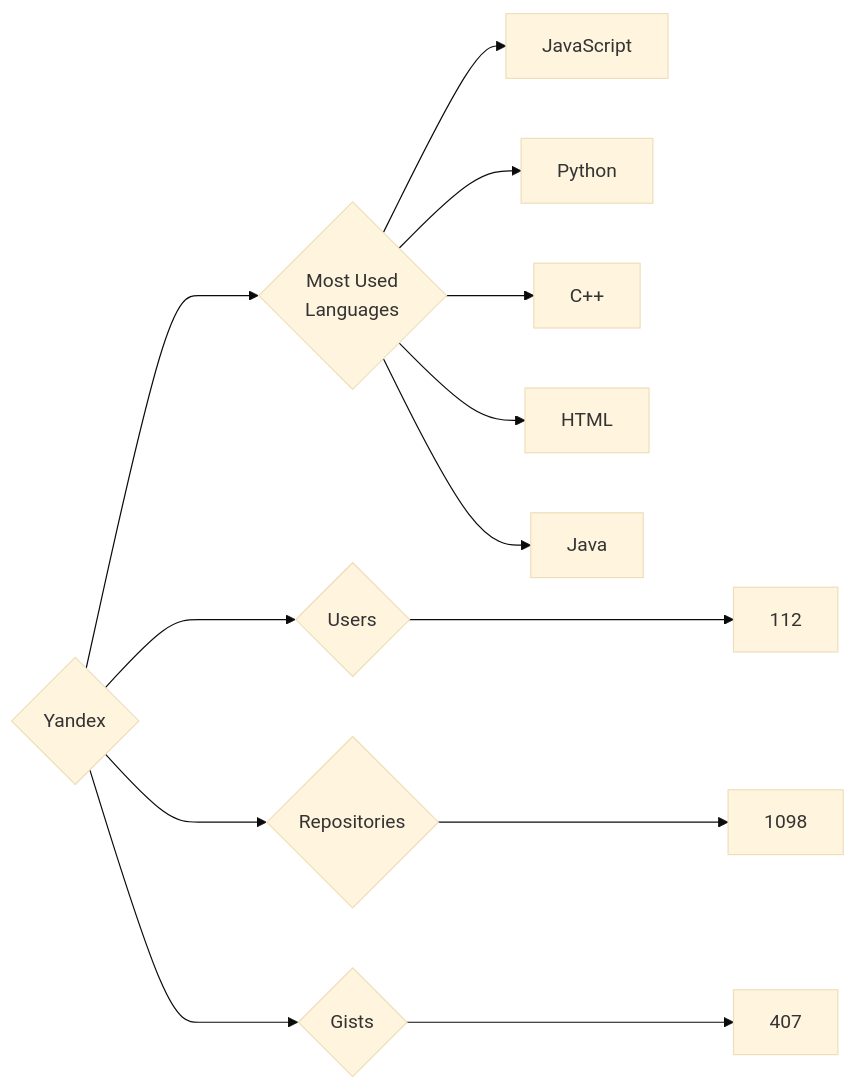
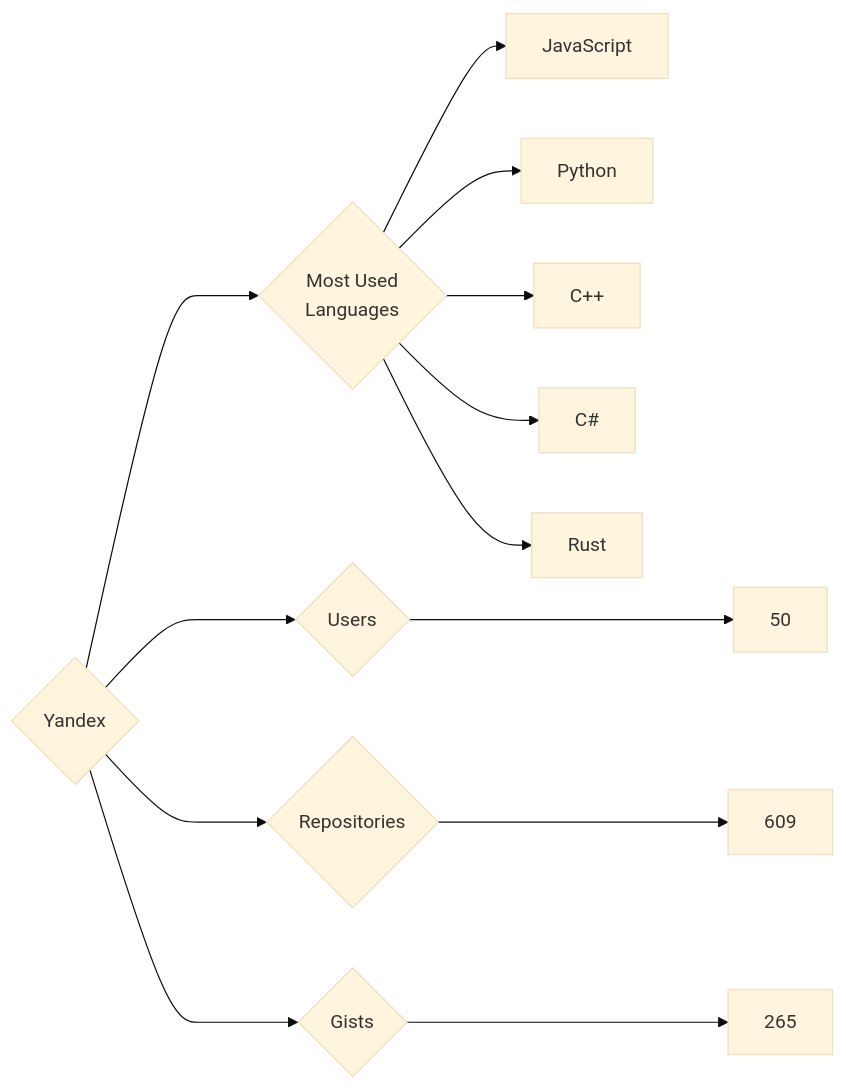
Before and after one commit to trickest/insiders: the diagram in targets/Yandex/README.md, drawn with Mermaid (base theme). The commit also changed 773 other files, not shown here.

````diff
--- a/targets/Yandex/README.md
+++ b/targets/Yandex/README.md
@@ -3,13 +3,13 @@
 ```mermaid
 graph LR
 COMPANY_NAME{Yandex}
-COMPANY_NAME ---> U{Users} ---> UN[112]
-COMPANY_NAME ---> R{Repositories} ---> RN[1098]
-COMPANY_NAME ---> G{Gists} ---> GN[407]
+COMPANY_NAME ---> U{Users} ---> UN[50]
+COMPANY_NAME ---> R{Repositories} ---> RN[609]
+COMPANY_NAME ---> G{Gists} ---> GN[265]
 COMPANY_NAME ---> ML{Most Used<br>Languages}
 ML --> JavaScript[JavaScript]
 ML --> Python[Python]
 ML --> C++[C++]
-ML --> HTML[HTML]
-ML --> Java[Java]
+ML --> C#[C#]
+ML --> Rust[Rust]
 ```
````
